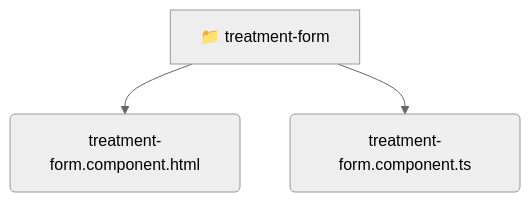
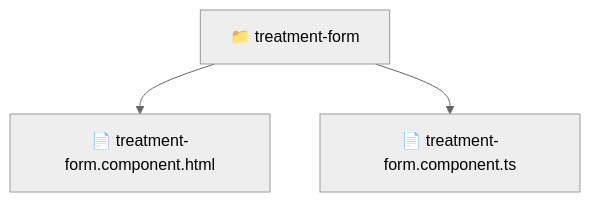
One commit to beginwebdev2002/fullstack-mavluda changed the diagram in frontend/src/pages/treatments/components/treatment-form/README.md. Above: the diagram before and after it, drawn with Mermaid (neutral theme). The commit also changed other lines of this file and 163 other files, not shown here.

````diff
--- a/frontend/src/pages/treatments/components/treatment-form/README.md
+++ b/frontend/src/pages/treatments/components/treatment-form/README.md
@@ -11,6 +10,6 @@
 ```mermaid
 graph TD
-  treatment_form[📁 treatment-form]
-  treatment_form --> treatment_form_treatment_form_component_html(treatment-form.component.html)
-  treatment_form --> treatment_form_treatment_form_component_ts(treatment-form.component.ts)
+  Root["📁 treatment-form"]
+  Root --> treatmentformcomponenthtml["📄 treatment-form.component.html"]
+  Root --> treatmentformcomponentts["📄 treatment-form.component.ts"]
 ```
````
